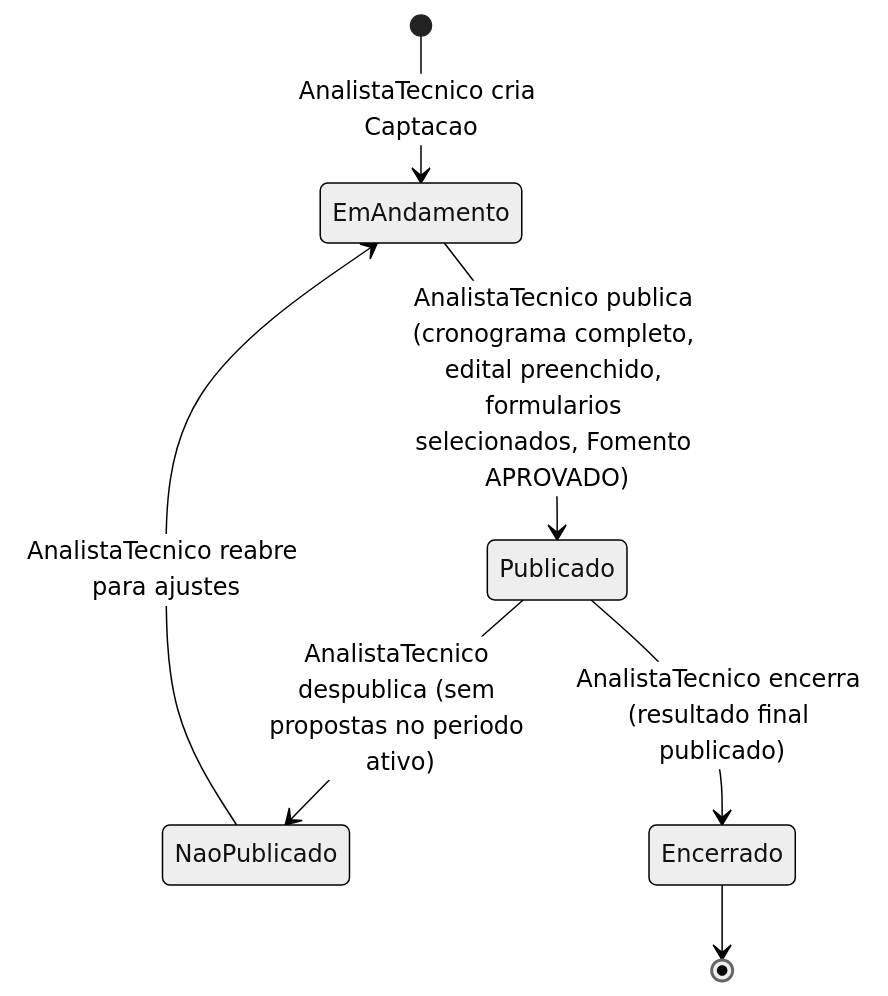
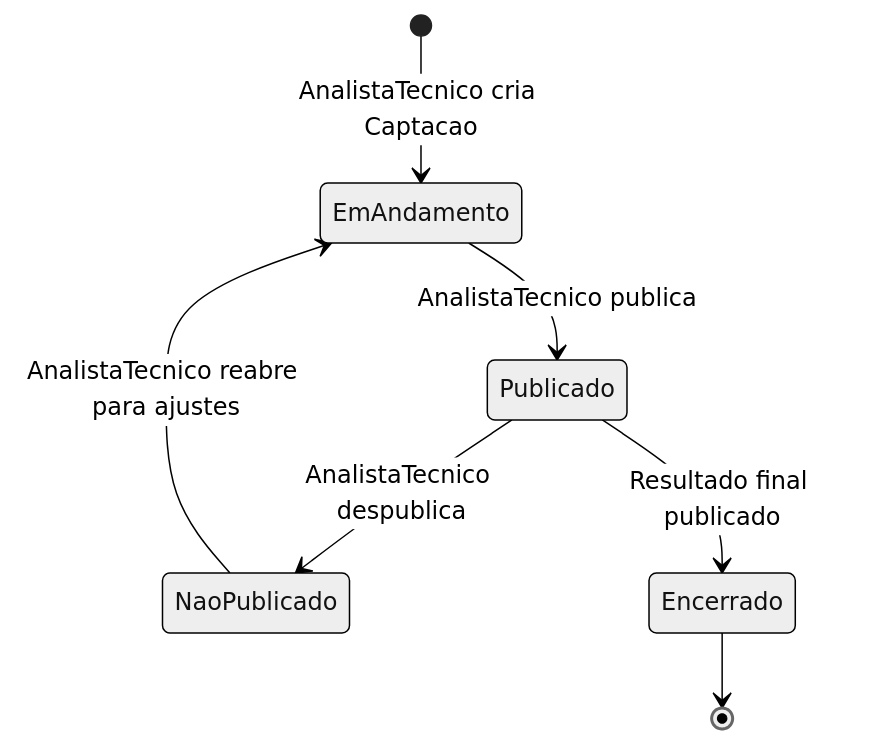
The second of 3 diagrams in docs/implementation/modules/M011-configuracao-captacao/process-configuracao-selecao.md (Czzped/conecta-fapes-teste), drawn with Mermaid (neutral theme) before and after one commit. The commit also changed other lines of this file and 3 other files, not shown here.

````diff
--- a/docs/implementation/modules/M011-configuracao-captacao/process-configuracao-selecao.md
+++ b/docs/implementation/modules/M011-configuracao-captacao/process-configuracao-selecao.md
@@ -119,9 +170,9 @@
 ```mermaid
 stateDiagram-v2
     [*] --> EmAndamento : AnalistaTecnico cria Captacao
-    EmAndamento --> Publicado : AnalistaTecnico publica (cronograma completo, edital preenchido, formularios selecionados, Fomento APROVADO)
-    Publicado --> NaoPublicado : AnalistaTecnico despublica (sem propostas no periodo ativo)
+    EmAndamento --> Publicado : AnalistaTecnico publica
+    Publicado --> NaoPublicado : AnalistaTecnico despublica
     NaoPublicado --> EmAndamento : AnalistaTecnico reabre para ajustes
-    Publicado --> Encerrado : AnalistaTecnico encerra (resultado final publicado)
+    Publicado --> Encerrado : Resultado final publicado
     Encerrado --> [*]
 ```
````
